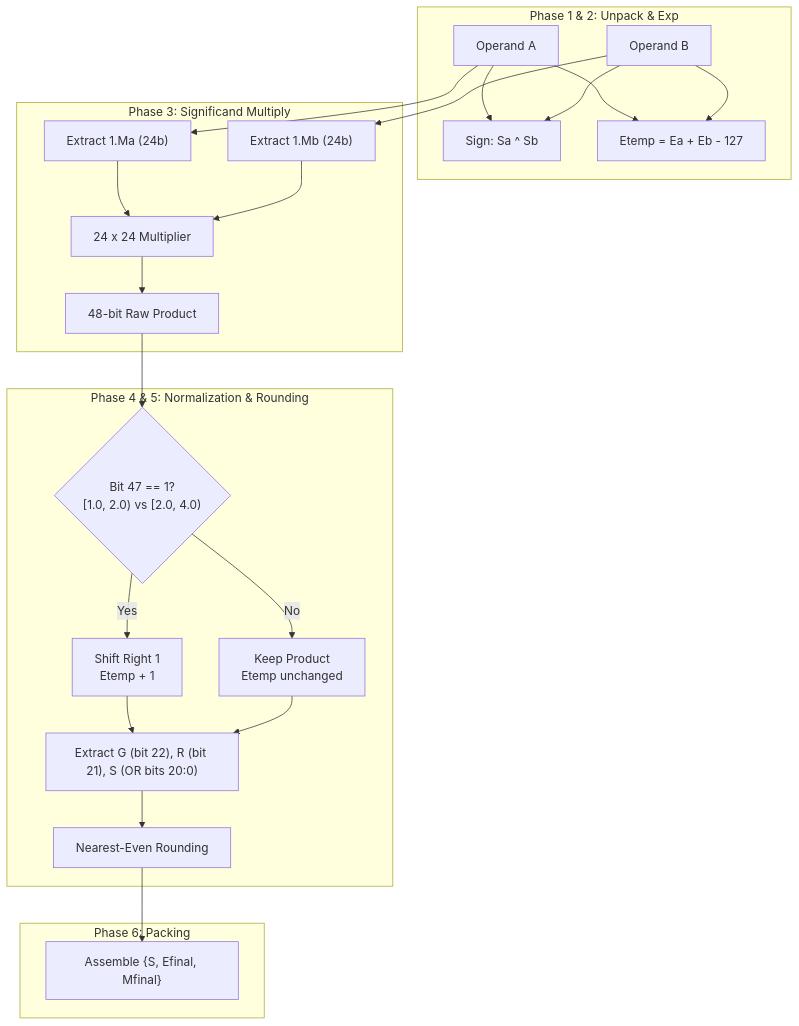
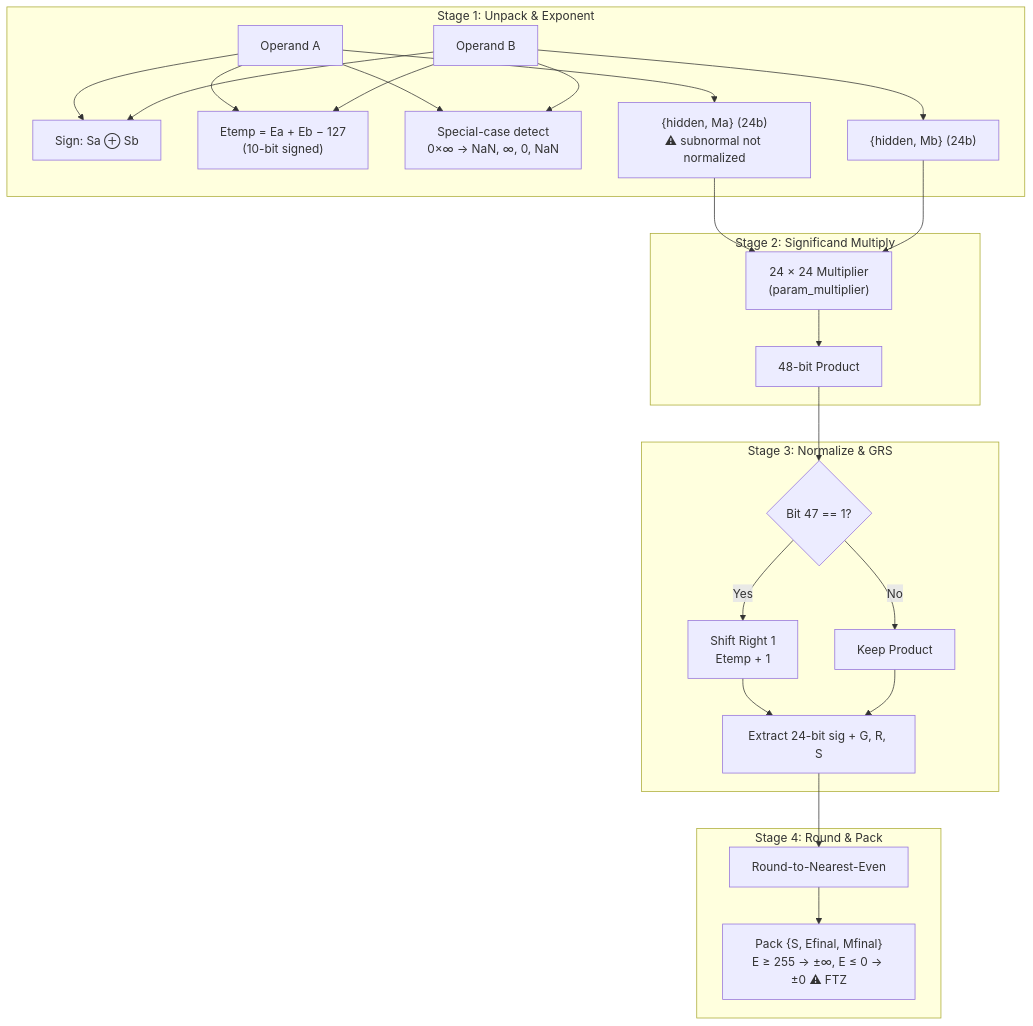
The third of 5 diagrams in diagram/system_architecture.md (priyanshu029jain/FPU), drawn with Mermaid before and after one commit. The commit also changed other lines of this file and 1 other file, not shown here.

First line of the commit message:
docs(history): add second verification pass findings and redraw architecture diagrams

````diff
--- a/diagram/system_architecture.md
+++ b/diagram/system_architecture.md
@@ -63,30 +80,32 @@
 ```mermaid
 graph TD
-    subgraph Phase1["Phase 1 & 2: Unpack & Exp"]
-        A_IN["Operand A"] --> S_XOR["Sign: Sa ^ Sb"]
+    subgraph S1["Stage 1: Unpack & Exponent"]
+        A_IN["Operand A"] --> S_XOR["Sign: Sa ⊕ Sb"]
         B_IN["Operand B"] --> S_XOR
-        A_IN --> E_ADD["Etemp = Ea + Eb - 127"]
+        A_IN --> E_ADD["Etemp = Ea + Eb − 127<br/>(10-bit signed)"]
         B_IN --> E_ADD
+        A_IN --> SPEC["Special-case detect<br/>0×∞ → NaN, ∞, 0, NaN"]
+        B_IN --> SPEC
+        A_IN --> SIG_A["{hidden, Ma} (24b)<br/>⚠ subnormal not normalized"]
+        B_IN --> SIG_B["{hidden, Mb} (24b)"]
     end
 
-    subgraph Phase3["Phase 3: Significand Multiply"]
-        A_IN --> SIG_A["Extract 1.Ma (24b)"]
-        B_IN --> SIG_B["Extract 1.Mb (24b)"]
-        SIG_A --> MULT["24 x 24 Multiplier"]
+    subgraph S2["Stage 2: Significand Multiply"]
+        SIG_A --> MULT["24 × 24 Multiplier<br/>(param_multiplier)"]
         SIG_B --> MULT
-        MULT --> P_RAW["48-bit Raw Product"]
+        MULT --> P_RAW["48-bit Product"]
     end
 
-    subgraph Phase4["Phase 4 & 5: Normalization & Rounding"]
-        P_RAW --> NORM_CASE{"Bit 47 == 1?<br/>[1.0, 2.0) vs [2.0, 4.0)"}
+    subgraph S3["Stage 3: Normalize & GRS"]
+        P_RAW --> NORM_CASE{"Bit 47 == 1?"}
         NORM_CASE -- Yes --> RSHIFT["Shift Right 1<br/>Etemp + 1"]
-        NORM_CASE -- No --> PASS["Keep Product<br/>Etemp unchanged"]
-        RSHIFT --> GRS_EXT["Extract G (bit 22), R (bit 21), S (OR bits 20:0)"]
+        NORM_CASE -- No --> PASS["Keep Product"]
+        RSHIFT --> GRS_EXT["Extract 24-bit sig + G, R, S"]
         PASS --> GRS_EXT
-        GRS_EXT --> ROUND["Nearest-Even Rounding"]
     end
 
-    subgraph Phase6["Phase 6: Packing"]
-        ROUND --> RES["Assemble {S, Efinal, Mfinal}"]
+    subgraph S4["Stage 4: Round & Pack"]
+        GRS_EXT --> ROUND["Round-to-Nearest-Even"]
+        ROUND --> RES["Pack {S, Efinal, Mfinal}<br/>E ≥ 255 → ±∞, E ≤ 0 → ±0 ⚠ FTZ"]
     end
 ```
````
